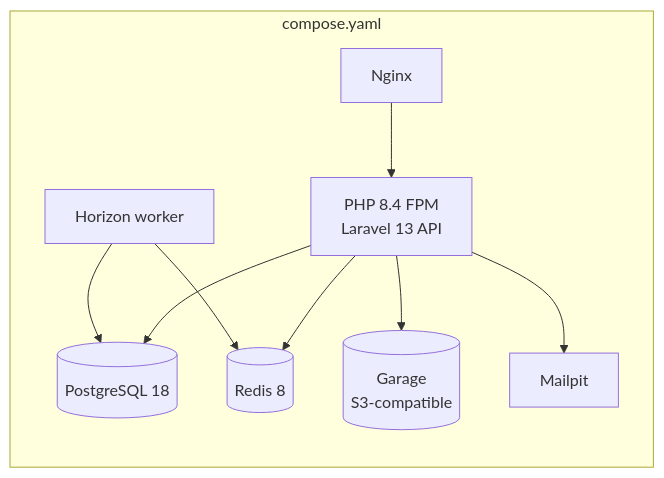
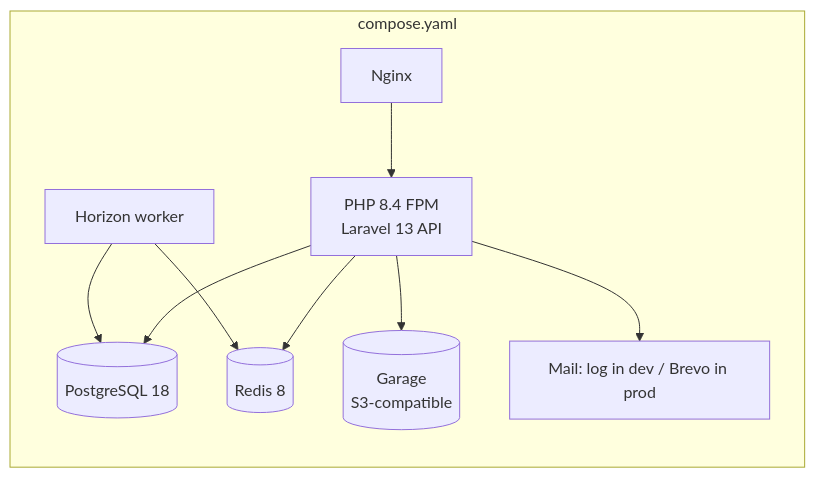
The diagram in docs/architecture/07-deployment-observability-and-recovery.md (wztechno/healthlyzone360), drawn with Mermaid before and after one commit. The commit also changed other lines of this file and 18 other files, not shown here.

````diff
--- a/docs/architecture/07-deployment-observability-and-recovery.md
+++ b/docs/architecture/07-deployment-observability-and-recovery.md
@@ -9,12 +9,12 @@
 ```mermaid
 flowchart LR
     subgraph COMPOSE["compose.yaml"]
         NGINX[Nginx] --> FPM[PHP 8.4 FPM<br/>Laravel 13 API]
         FPM --> PG[(PostgreSQL 18)]
         FPM --> REDIS[(Redis 8)]
         FPM --> GARAGE[(Garage<br/>S3-compatible)]
-        FPM --> MAIL[Mailpit]
+        FPM --> MAIL[Mail: log in dev / Brevo in prod]
         HORIZON[Horizon worker] --> REDIS
         HORIZON --> PG
     end
 ```
````
